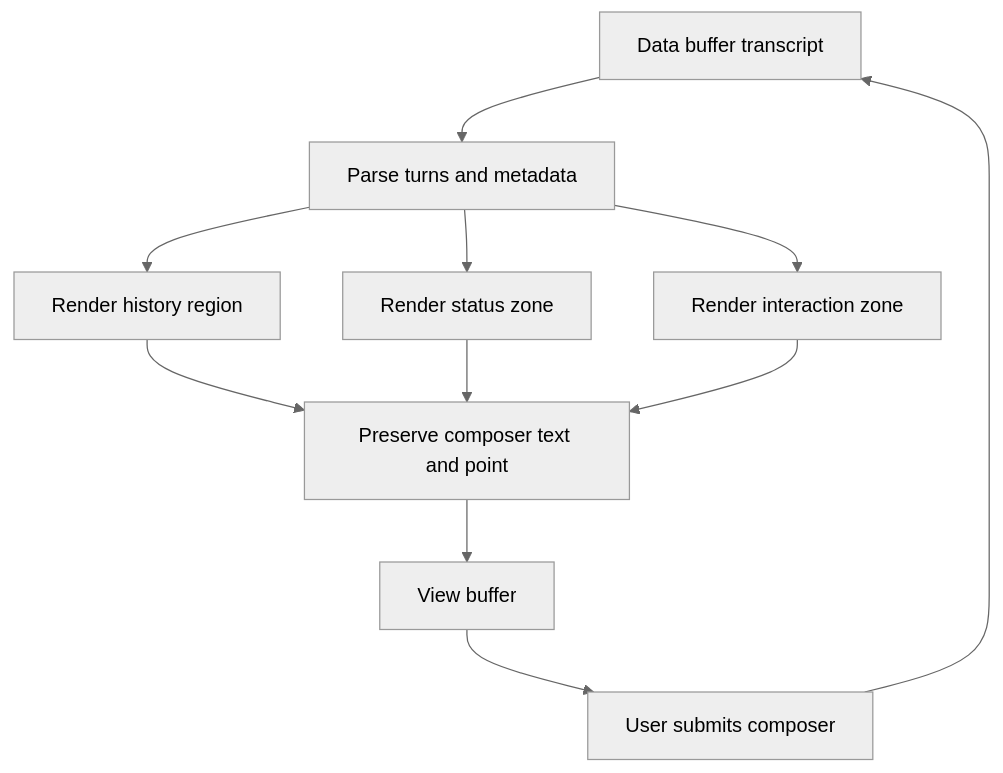
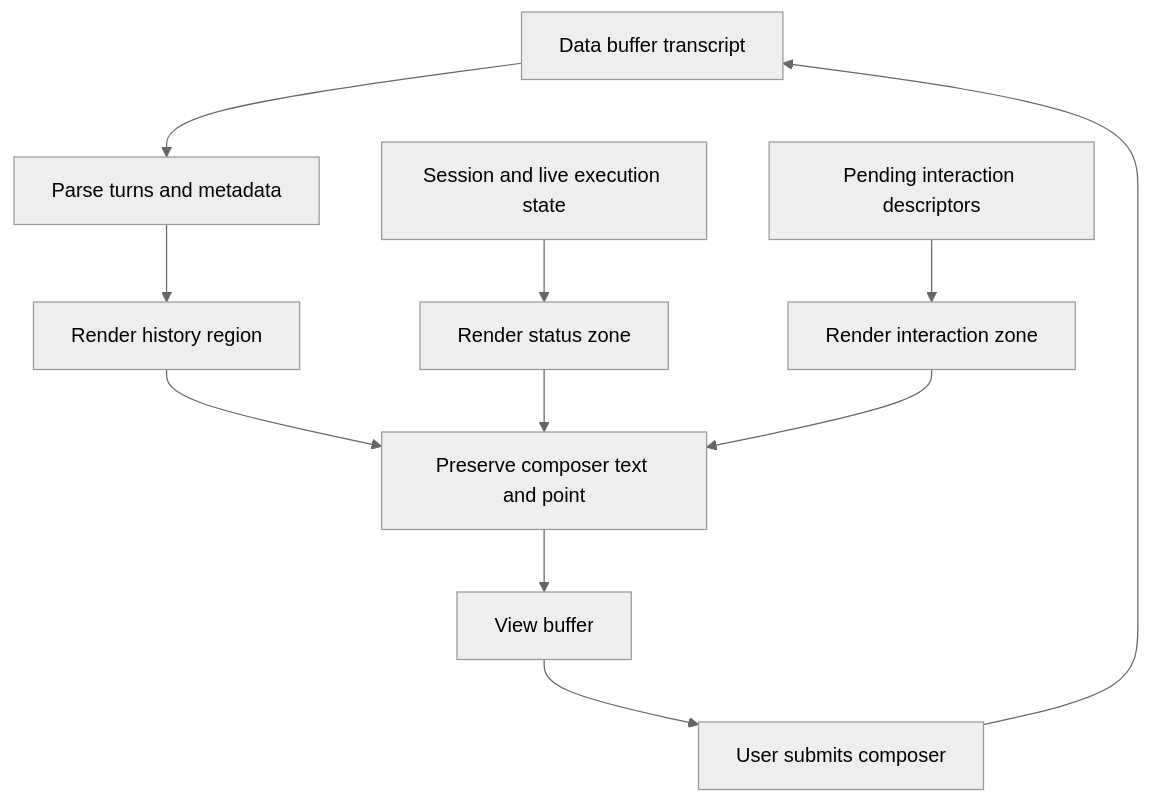
Before and after one commit to FrauH0lle/mevedel: the diagram in docs/view.md, drawn with Mermaid (neutral theme). The commit also changed other lines of this file and 166 other files, not shown here.

````diff
--- a/docs/view.md
+++ b/docs/view.md
@@ -146,13 +146,13 @@
 ```mermaid
 flowchart TD
     A[Data buffer transcript] --> B[Parse turns and metadata]
     B --> C[Render history region]
-    B --> D[Render status zone]
-    B --> E[Render interaction zone]
+    S[Session and live execution state] --> D[Render status zone]
+    Q[Pending interaction descriptors] --> E[Render interaction zone]
     C --> F[Preserve composer text and point]
     D --> F
     E --> F
     F --> G[View buffer]
     G --> H[User submits composer]
     H --> A
 ```
````
